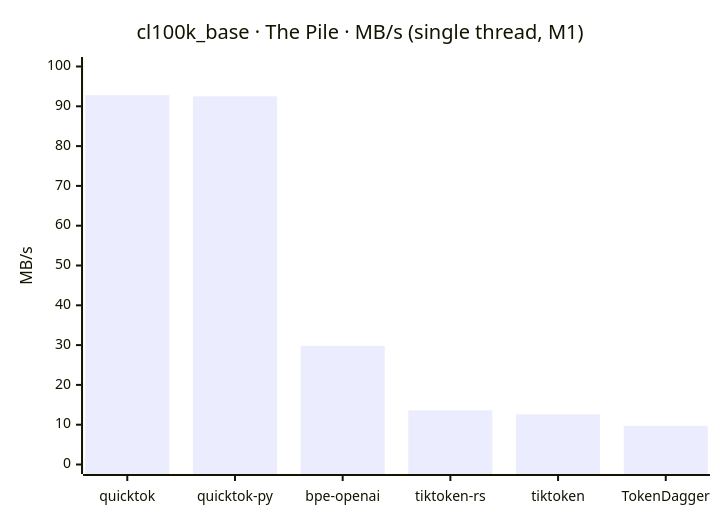
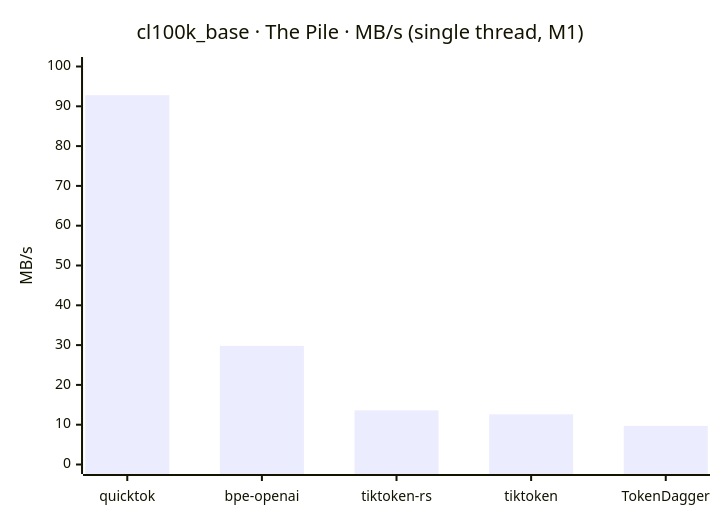
One commit to dmatth1/quicktok changed the diagram in README.md. Above: the diagram before and after it, drawn with Mermaid. The commit also changed other lines of this file, not shown here.

Commit message:
docs: single quicktok row in headline table/chart; note PyPI in pitch

````diff
--- a/README.md
+++ b/README.md
@@ -26,7 +27,7 @@
 ```mermaid
 xychart-beta
     title "cl100k_base · The Pile · MB/s (single thread, M1)"
-    x-axis ["quicktok", "quicktok-py", "bpe-openai", "tiktoken-rs", "tiktoken", "TokenDagger"]
+    x-axis ["quicktok", "bpe-openai", "tiktoken-rs", "tiktoken", "TokenDagger"]
     y-axis "MB/s" 0 --> 100
-    bar [92.8, 92.5, 29.8, 13.6, 12.6, 9.7]
+    bar [92.8, 29.8, 13.6, 12.6, 9.7]
 ```
````
